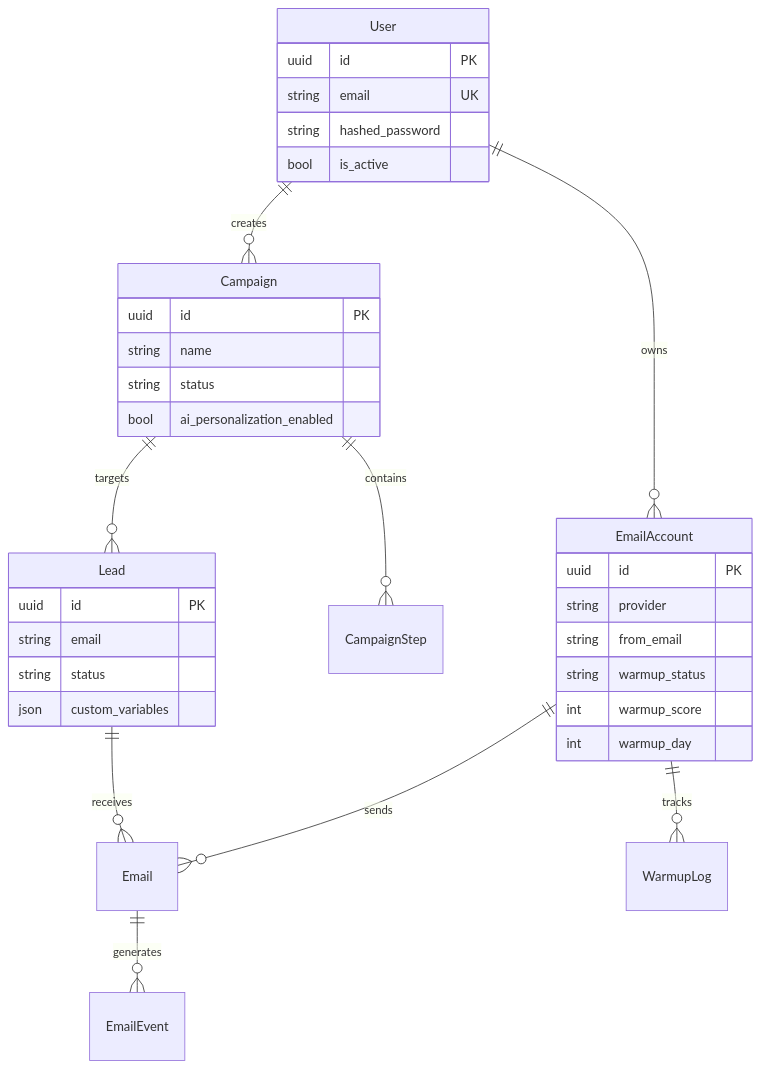
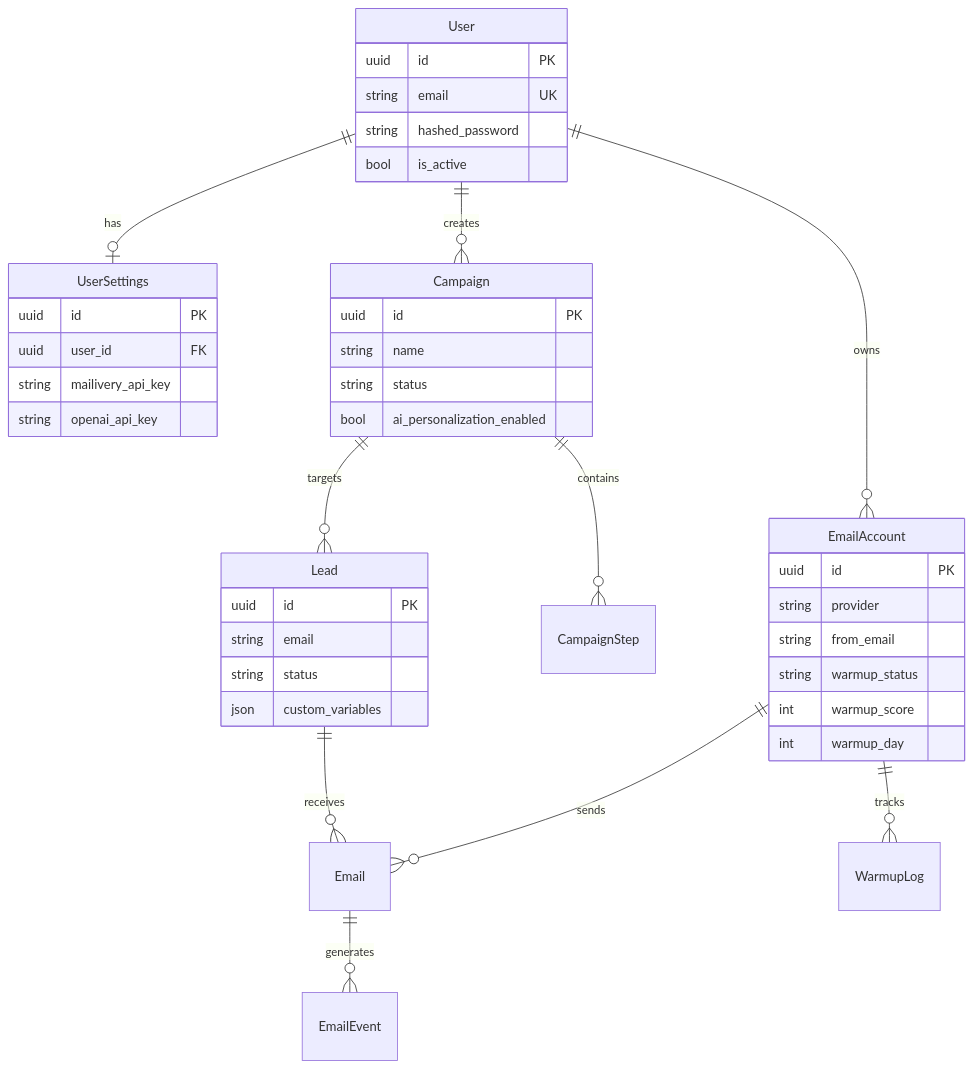
The diagram in README.md (djd1m/2026-PU-APR-LESSON-05-instantly-00), drawn with Mermaid before and after one commit. The commit also changed other lines of this file, not shown here.

Commit message:
Update README: add Settings page docs, UserSettings model, API key management via UI

````diff
--- a/README.md
+++ b/README.md
@@ -346,41 +373,49 @@
 ```mermaid
 erDiagram
+    User ||--o| UserSettings : has
     User ||--o{ EmailAccount : owns
     User ||--o{ Campaign : creates
     Campaign ||--o{ CampaignStep : contains
     Campaign ||--o{ Lead : targets
     Lead ||--o{ Email : receives
     Email ||--o{ EmailEvent : generates
     EmailAccount ||--o{ Email : sends
     EmailAccount ||--o{ WarmupLog : tracks
 
     User {
         uuid id PK
         string email UK
         string hashed_password
         bool is_active
+    }
+
+    UserSettings {
+        uuid id PK
+        uuid user_id FK
+        string mailivery_api_key
+        string openai_api_key
     }
 
     EmailAccount {
         uuid id PK
         string provider
         string from_email
         string warmup_status
         int warmup_score
         int warmup_day
     }
 
     Campaign {
         uuid id PK
         string name
         string status
         bool ai_personalization_enabled
     }
 
     Lead {
         uuid id PK
         string email
         string status
         json custom_variables
     }
 ```
````
